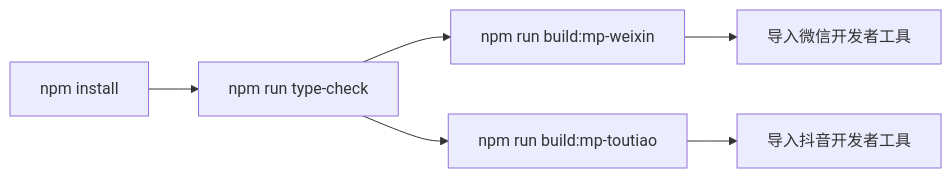
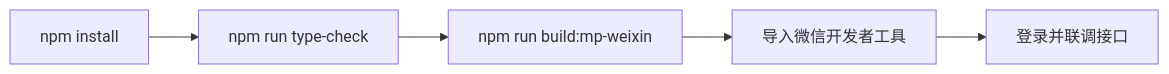
One commit to gee-coder/template-uniapp-mini changed the first of 4 diagrams in README.md. Above: the diagram before and after it, drawn with Mermaid. The commit also changed other lines of this file and 17 other files, not shown here.

````diff
--- a/README.md
+++ b/README.md
@@ -51,8 +46,7 @@
 ```mermaid
 flowchart LR
     A["npm install"] --> B["npm run type-check"]
     B --> C["npm run build:mp-weixin"]
-    B --> D["npm run build:mp-toutiao"]
-    C --> E["导入微信开发者工具"]
-    D --> F["导入抖音开发者工具"]
+    C --> D["导入微信开发者工具"]
+    D --> E["登录并联调接口"]
 ```
````
